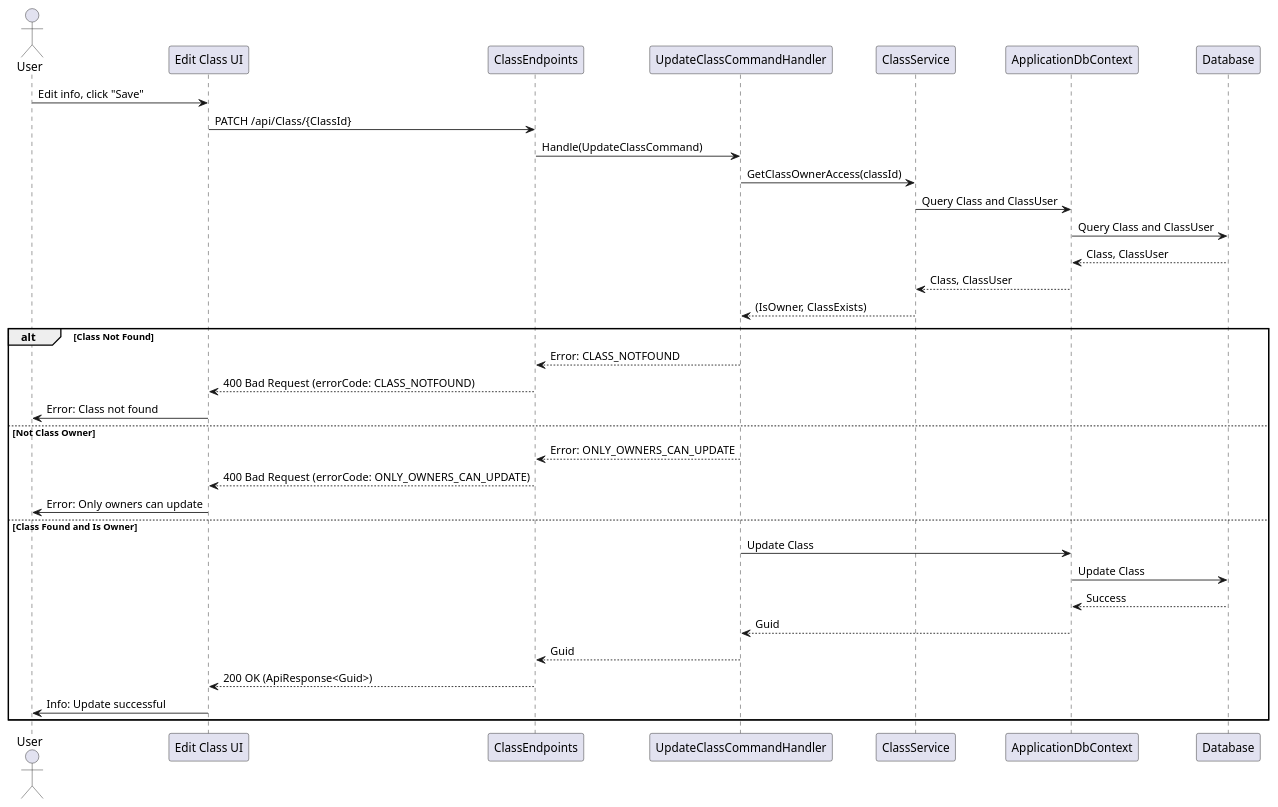
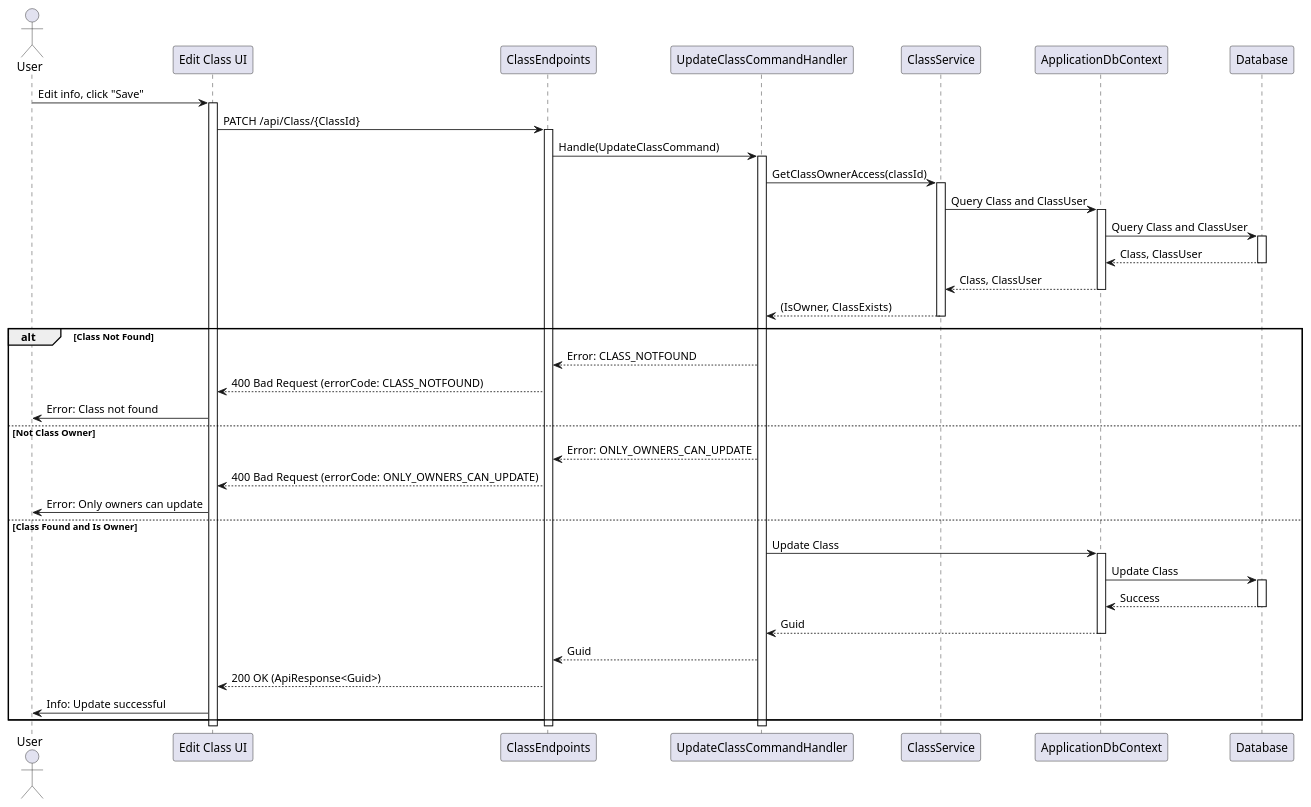
Before and after one commit to thanhkhac/SEP_Diagram: the diagram in classes/Sequence/UpdateClassCommand.puml, drawn with PlantUML. The commit also changed 17 other files, not shown here.

Commit message:
Add UI and endpoint activation/deactivation to sequence diagrams

```diff
--- a/classes/Sequence/UpdateClassCommand.puml
+++ b/classes/Sequence/UpdateClassCommand.puml
@@ -1,36 +1,52 @@
 @startuml
 actor User
 participant "Edit Class UI" as UI
 participant ClassEndpoints
 participant UpdateClassCommandHandler as Handler
 participant ClassService
 participant ApplicationDbContext
 participant Database
 
 User -> UI : Edit info, click "Save"
+activate UI
 UI -> ClassEndpoints : PATCH /api/Class/{ClassId}
+activate ClassEndpoints
 ClassEndpoints -> Handler : Handle(UpdateClassCommand)
+activate Handler
 Handler -> ClassService : GetClassOwnerAccess(classId)
+activate ClassService
 ClassService -> ApplicationDbContext : Query Class and ClassUser
+activate ApplicationDbContext
 ApplicationDbContext -> Database : Query Class and ClassUser
+activate Database
 Database --> ApplicationDbContext : Class, ClassUser
+deactivate Database
 ApplicationDbContext --> ClassService : Class, ClassUser
+deactivate ApplicationDbContext
 ClassService --> Handler : (IsOwner, ClassExists)
+deactivate ClassService
 alt Class Not Found
     Handler --> ClassEndpoints : Error: CLASS_NOTFOUND
     ClassEndpoints --> UI : 400 Bad Request (errorCode: CLASS_NOTFOUND)
     UI -> User : Error: Class not found
 else Not Class Owner
     Handler --> ClassEndpoints : Error: ONLY_OWNERS_CAN_UPDATE
     ClassEndpoints --> UI : 400 Bad Request (errorCode: ONLY_OWNERS_CAN_UPDATE)
     UI -> User : Error: Only owners can update
 else Class Found and Is Owner
     Handler -> ApplicationDbContext : Update Class
+    activate ApplicationDbContext
     ApplicationDbContext -> Database : Update Class
+    activate Database
     Database --> ApplicationDbContext : Success
+    deactivate Database
     ApplicationDbContext --> Handler : Guid
+    deactivate ApplicationDbContext
     Handler --> ClassEndpoints : Guid
     ClassEndpoints --> UI : 200 OK (ApiResponse<Guid>)
     UI -> User : Info: Update successful
 end
+deactivate Handler
+deactivate ClassEndpoints
+deactivate UI
 @enduml
```
